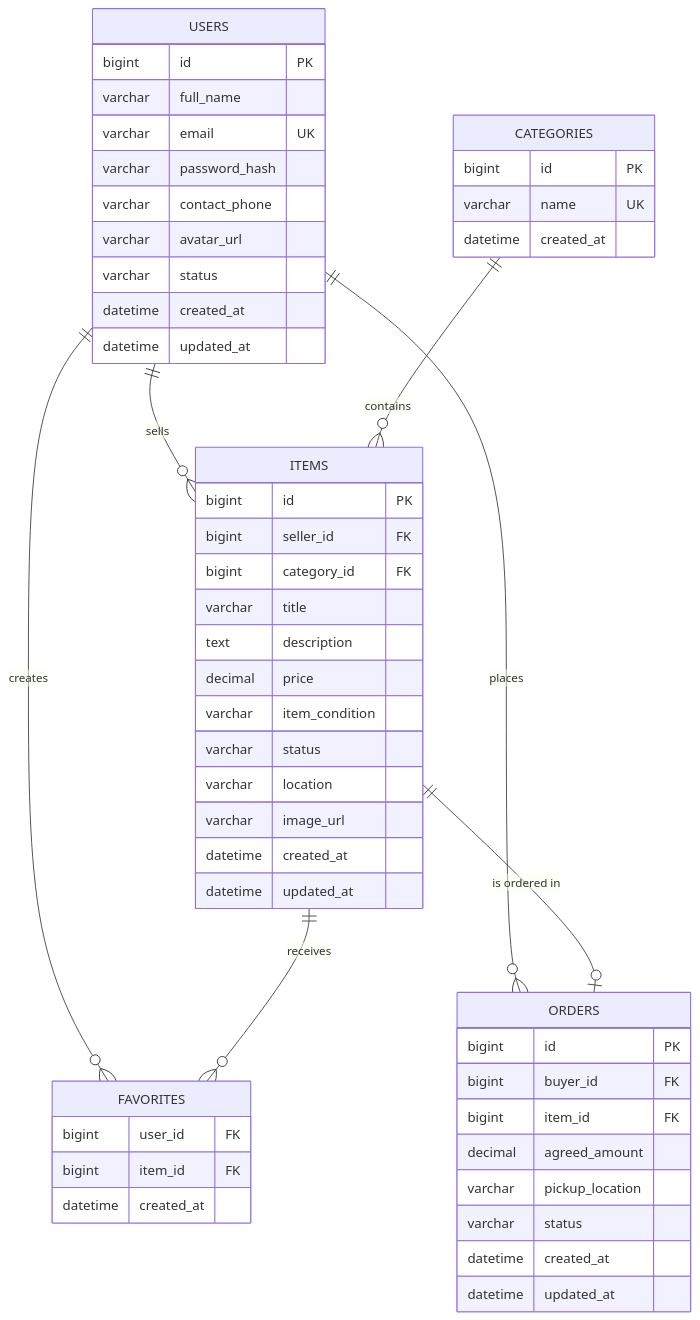
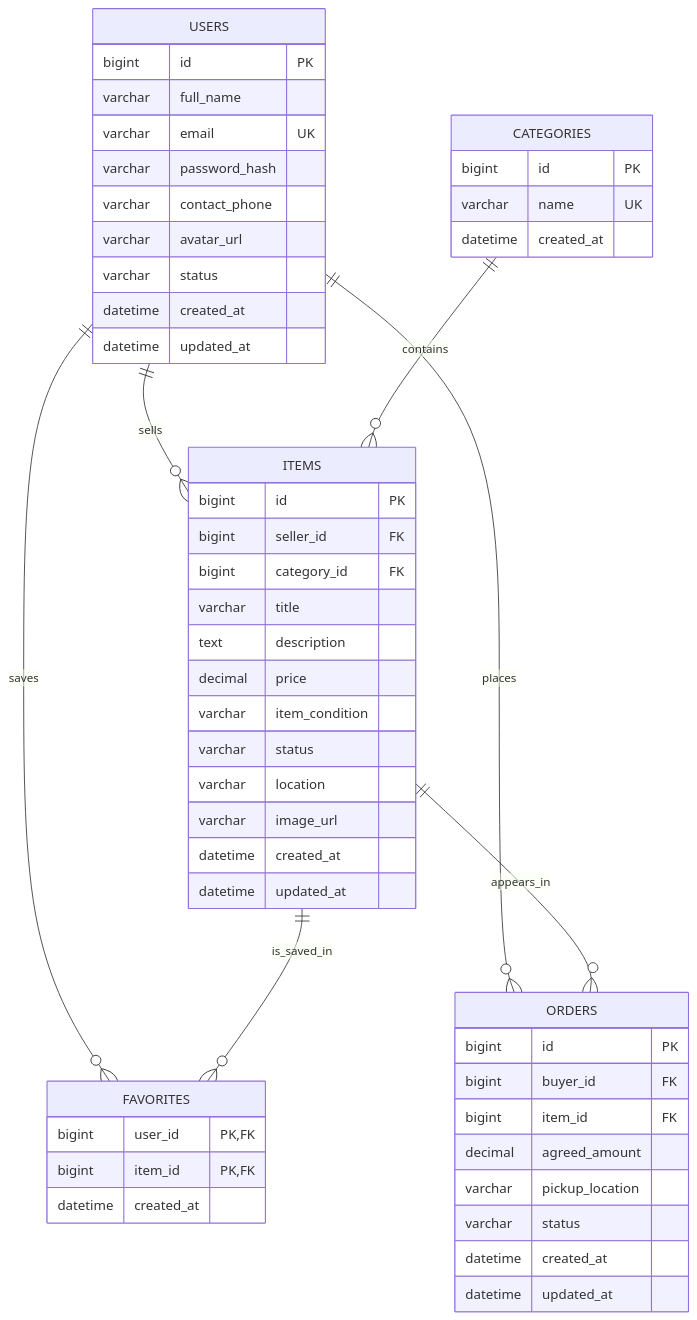
Before and after one commit to xianghancheng59-arch/3278_Final: the diagram in docs/er-diagram.md, drawn with Mermaid. The commit also changed other lines of this file, not shown here.

Commit message:
Fix ER cardinalities and order history documentation

````diff
--- a/docs/er-diagram.md
+++ b/docs/er-diagram.md
@@ -5,59 +7,59 @@
 ```mermaid
 erDiagram
     USERS ||--o{ ITEMS : sells
     CATEGORIES ||--o{ ITEMS : contains
-    USERS ||--o{ FAVORITES : creates
-    ITEMS ||--o{ FAVORITES : receives
+    USERS ||--o{ FAVORITES : saves
+    ITEMS ||--o{ FAVORITES : is_saved_in
     USERS ||--o{ ORDERS : places
-    ITEMS ||--o| ORDERS : "is ordered in"
+    ITEMS ||--o{ ORDERS : appears_in
 
     USERS {
         bigint id PK
         varchar full_name
         varchar email UK
         varchar password_hash
         varchar contact_phone
         varchar avatar_url
         varchar status
         datetime created_at
         datetime updated_at
     }
 
     CATEGORIES {
         bigint id PK
         varchar name UK
         datetime created_at
     }
 
     ITEMS {
         bigint id PK
         bigint seller_id FK
         bigint category_id FK
         varchar title
         text description
         decimal price
         varchar item_condition
         varchar status
         varchar location
         varchar image_url
         datetime created_at
         datetime updated_at
     }
 
     FAVORITES {
-        bigint user_id FK
-        bigint item_id FK
+        bigint user_id PK, FK
+        bigint item_id PK, FK
         datetime created_at
     }
 
     ORDERS {
         bigint id PK
         bigint buyer_id FK
         bigint item_id FK
         decimal agreed_amount
         varchar pickup_location
         varchar status
         datetime created_at
         datetime updated_at
     }
 ```
````
